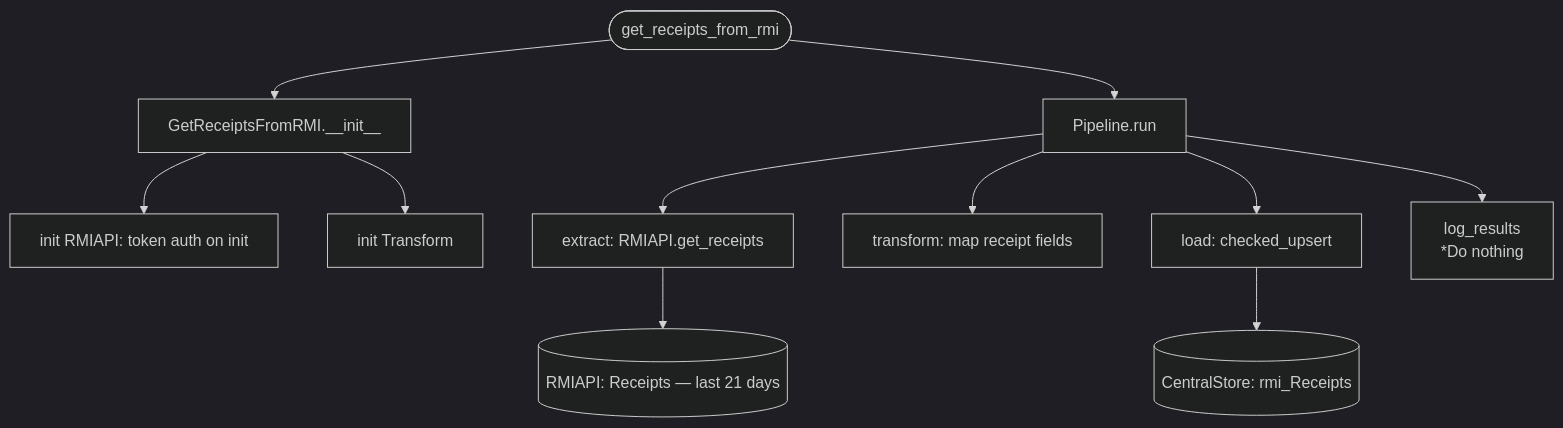
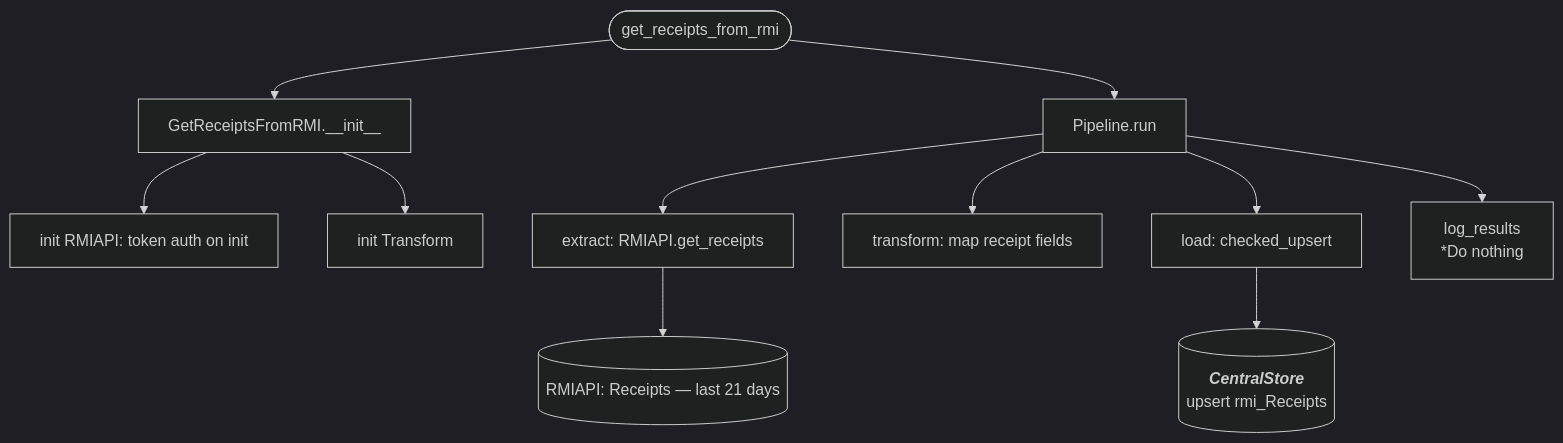
The diagram in docs/pipelines/get_receipts_from_rmi.md (journeyhl/integration-platform), drawn with Mermaid (dark theme) before and after one commit. The commit also changed 25 other files, not shown here.

````diff
--- a/docs/pipelines/get_receipts_from_rmi.md
+++ b/docs/pipelines/get_receipts_from_rmi.md
@@ -1,18 +1,21 @@
 ```mermaid
 %%{init: {"flowchart": {"wrappingWidth": 400}}}%%
 flowchart TD
     A([get_receipts_from_rmi]) --> B[GetReceiptsFromRMI.__init__]
     B --> B1[init RMIAPI: token auth on init]
     B --> B2[init Transform]
     A --> RUN[Pipeline.run]
 
     RUN --> EX[extract: RMIAPI.get_receipts]
     EX --> D1[(RMIAPI: Receipts — last 21 days)]
 
     RUN --> TR[transform: map receipt fields]
 
     RUN --> LD[load: checked_upsert]
-    LD --> CS1[(CentralStore: rmi_Receipts)]
+    LD --> CS1[(
+        <b><i>CentralStore</i></b>
+        upsert rmi_Receipts
+    )]
 
     RUN --> LR[log_results<br/>*Do nothing]
 ```
````
